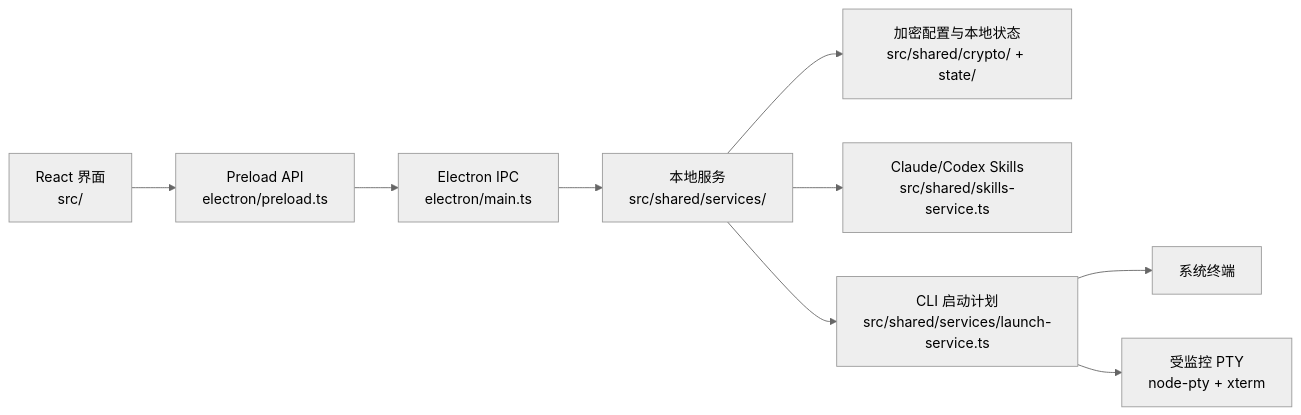
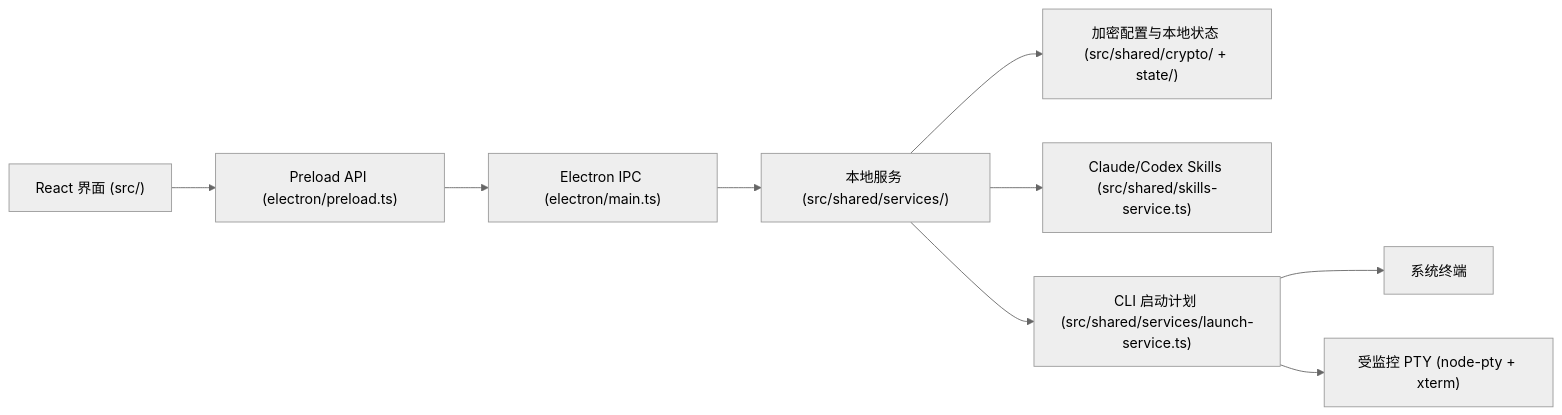
The diagram in README.md (tmdy/CodeDeck), drawn with Mermaid (neutral theme) before and after one commit. The commit also changed 78 other files, not shown here.

````diff
--- a/README.md
+++ b/README.md
@@ -147,11 +147,11 @@
 ```mermaid
 flowchart LR
-    UI[React 界面<br/>src/] --> PRELOAD[Preload API<br/>electron/preload.ts]
-    PRELOAD --> IPC[Electron IPC<br/>electron/main.ts]
-    IPC --> SERVICES[本地服务<br/>src/shared/services/]
-    SERVICES --> STATE[加密配置与本地状态<br/>src/shared/crypto/ + state/]
-    SERVICES --> SKILLS[Claude/Codex Skills<br/>src/shared/skills-service.ts]
-    SERVICES --> PLAN[CLI 启动计划<br/>src/shared/services/launch-service.ts]
-    PLAN --> DIRECT[系统终端]
-    PLAN --> PTY[受监控 PTY<br/>node-pty + xterm]
+    UI["React 界面 (src/)"] --> PRELOAD["Preload API (electron/preload.ts)"]
+    PRELOAD --> IPC["Electron IPC (electron/main.ts)"]
+    IPC --> SERVICES["本地服务 (src/shared/services/)"]
+    SERVICES --> STATE["加密配置与本地状态 (src/shared/crypto/ + state/)"]
+    SERVICES --> SKILLS["Claude/Codex Skills (src/shared/skills-service.ts)"]
+    SERVICES --> PLAN["CLI 启动计划 (src/shared/services/launch-service.ts)"]
+    PLAN --> DIRECT["系统终端"]
+    PLAN --> PTY["受监控 PTY (node-pty + xterm)"]
 ```
````
